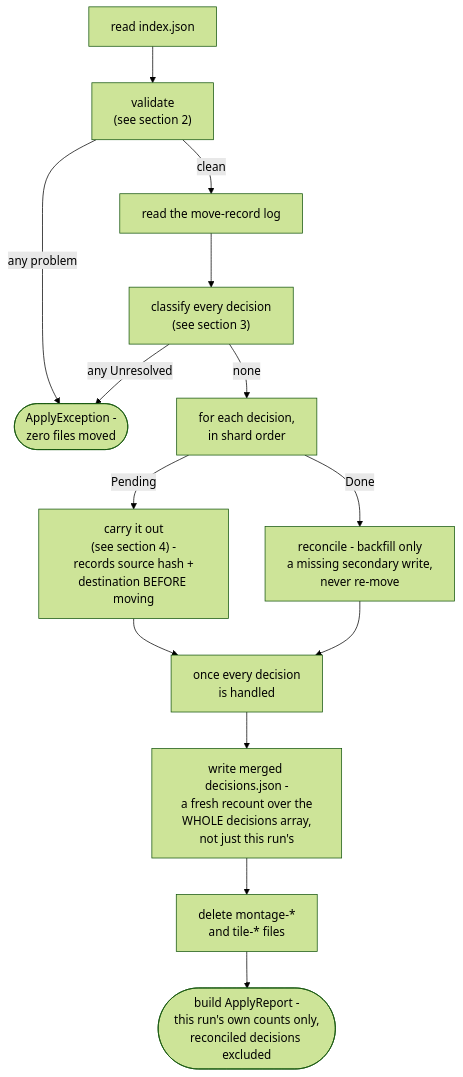
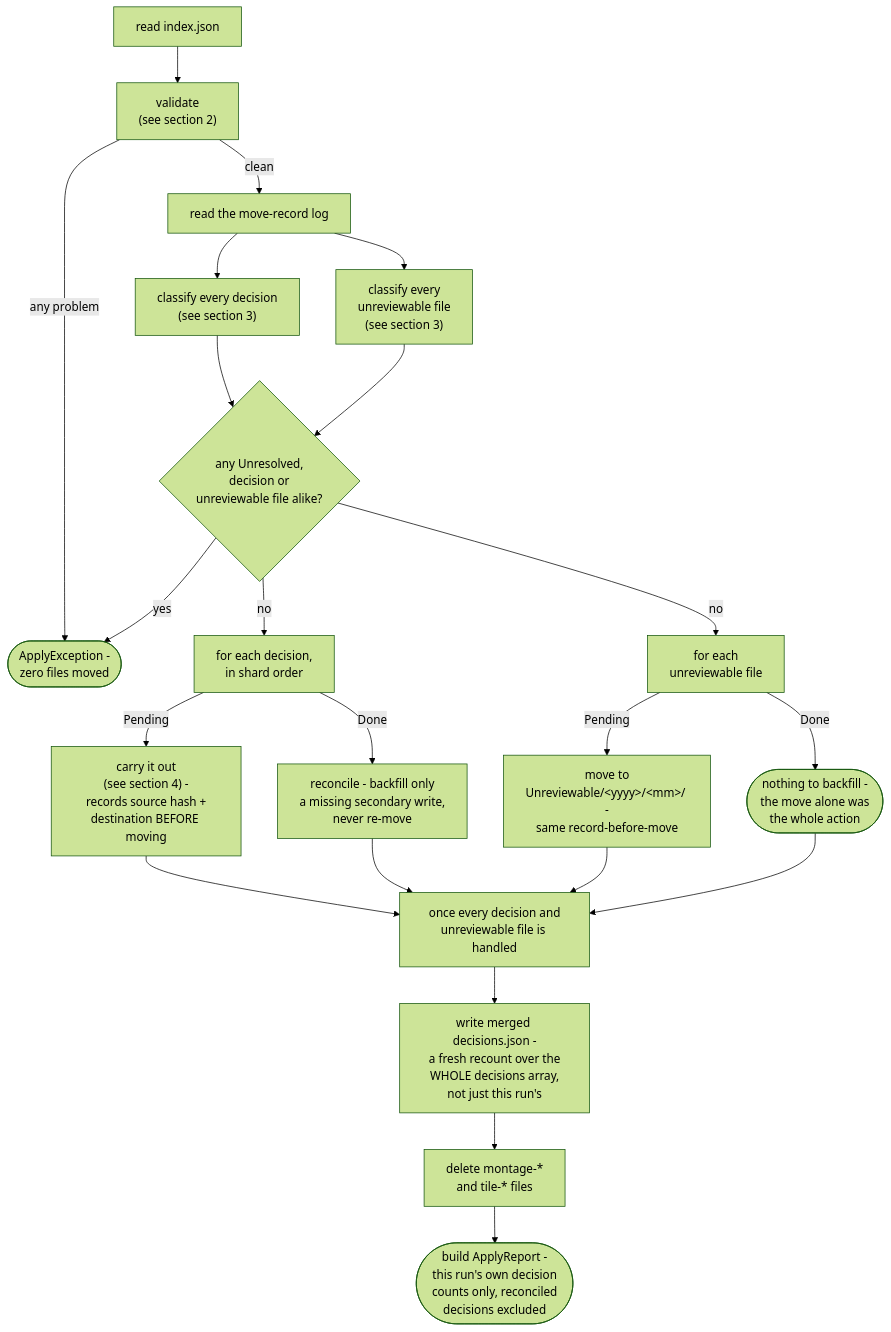
Before and after one commit to AdrianNachev91/sluice: the first of 4 diagrams in app/docs/design/application/service/apply-engine.md, drawn with Mermaid (forest theme). The commit also changed other lines of this file and 12 other files, not shown here.

First line of the commit message:
feat(java-port): Phase 11 - apply engine chunk 5, unreviewable-file routing

````diff
--- a/app/docs/design/application/service/apply-engine.md
+++ b/app/docs/design/application/service/apply-engine.md
@@ -10,16 +10,24 @@
 ```mermaid
 flowchart TD
     A["read index.json"] --> B["validate<br/>(see section 2)"]
     B -- any problem --> Z(["ApplyException -<br/>zero files moved"])
     B -- clean --> C["read the move-record log"]
     C --> D["classify every decision<br/>(see section 3)"]
-    D -- any Unresolved --> Z
-    D -- none --> E["for each decision,<br/>in shard order"]
+    C --> D2["classify every<br/>unreviewable file<br/>(see section 3)"]
+    D --> F{"any Unresolved,<br/>decision or<br/>unreviewable file alike?"}
+    D2 --> F
+    F -- yes --> Z
+    F -- no --> E["for each decision,<br/>in shard order"]
+    F -- no --> E2["for each<br/>unreviewable file"]
     E -- Pending --> G["carry it out<br/>(see section 4) -<br/>records source hash +<br/>destination BEFORE moving"]
     E -- Done --> H["reconcile - backfill only<br/>a missing secondary write,<br/>never re-move"]
-    G --> I["once every decision<br/>is handled"]
+    E2 -- Pending --> G2["move to<br/>Unreviewable/&lt;yyyy&gt;/&lt;mm&gt;/ -<br/>same record-before-move"]
+    E2 -- Done --> H2(["nothing to backfill -<br/>the move alone was<br/>the whole action"])
+    G --> I["once every decision and<br/>unreviewable file is handled"]
     H --> I
+    G2 --> I
+    H2 --> I
     I --> J["write merged decisions.json -<br/>a fresh recount over the<br/>WHOLE decisions array,<br/>not just this run's"]
     J --> K["delete montage-*<br/>and tile-* files"]
-    K --> L(["build ApplyReport -<br/>this run's own counts only,<br/>reconciled decisions excluded"])
+    K --> L(["build ApplyReport -<br/>this run's own decision<br/>counts only, reconciled<br/>decisions excluded"])
 ```
````
